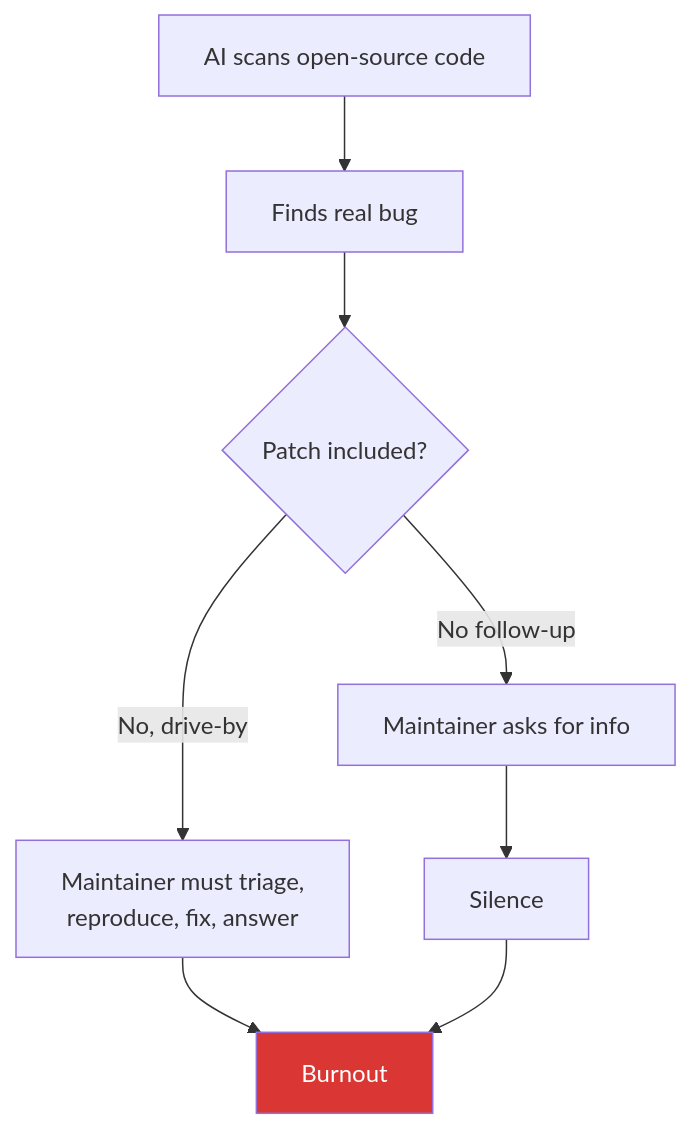
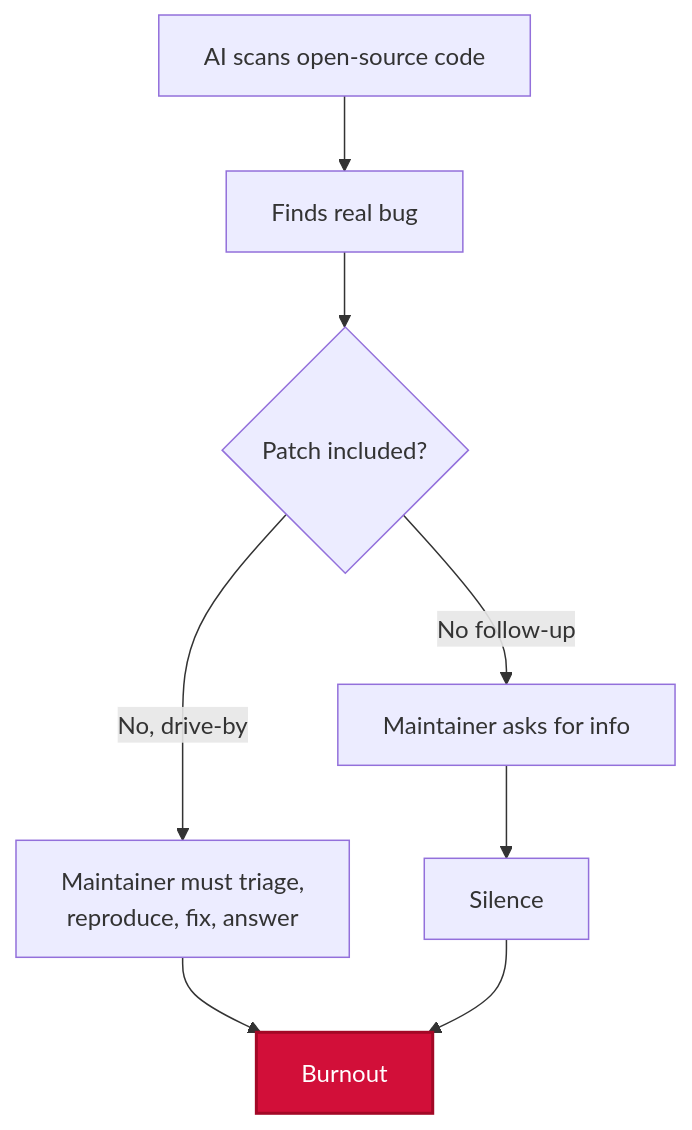
Before and after one commit to alexsavio/alexsavio.github.io: the second of 2 diagrams in content/2026-06-09_torvalds-ai-is-a-tool-not-a-replacement.md, drawn with Mermaid. The commit also changed other lines of this file, not shown here.

Commit message:
fix(blog): use <pre class="mermaid"> tags for Torvalds post diagrams

````diff
--- a/content/2026-06-09_torvalds-ai-is-a-tool-not-a-replacement.md
+++ b/content/2026-06-09_torvalds-ai-is-a-tool-not-a-replacement.md
@@ -59,11 +59,11 @@
-```mermaid
+<pre class="mermaid">
 flowchart TD
+    classDef bad fill:#d20f39,color:#ffffff,stroke:#a30826,stroke-width:2px;
     A[AI scans open-source code] --> B[Finds real bug]
     B --> C{Patch included?}
     C -->|No, drive-by| D[Maintainer must triage,<br/>reproduce, fix, answer]
     C -->|No follow-up| E[Maintainer asks for info]
     E --> F[Silence]
-    D --> G[Burnout]
+    D --> G[Burnout]:::bad
     F --> G
-    style G fill:#da3633,color:#fff
-```
+</pre>
````
